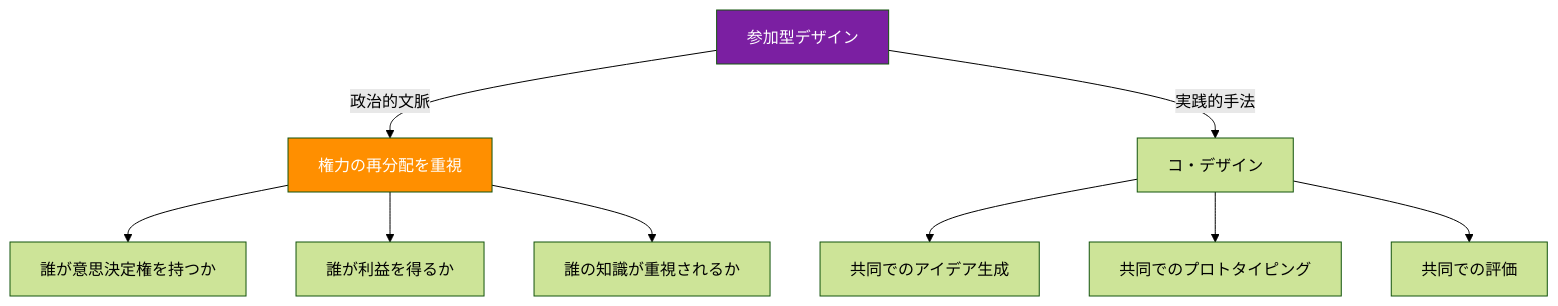
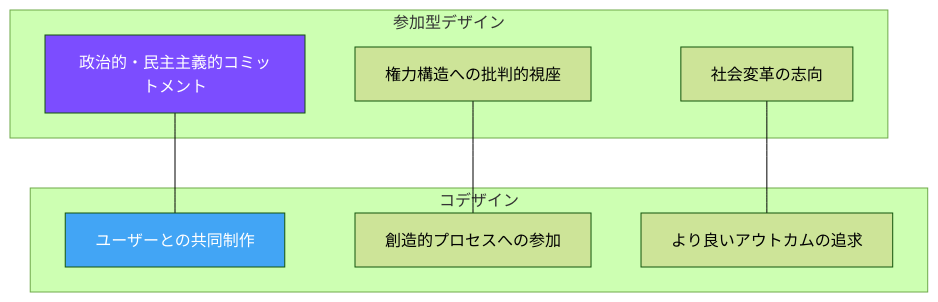
Before and after one commit to Hide-nu/Designer-curriculum: the first of 4 diagrams in docs/books/03-social-transformation/ch03-participatory-design.md, drawn with Mermaid (forest theme). The commit also changed other lines of this file and 13 other files, not shown here.

````diff
--- a/docs/books/03-social-transformation/ch03-participatory-design.md
+++ b/docs/books/03-social-transformation/ch03-participatory-design.md
@@ -45,15 +22,18 @@
 ```mermaid
-graph TD
-    A[参加型デザイン] -->|政治的文脈| B[権力の再分配を重視]
-    A -->|実践的手法| C[コ・デザイン]
-    C --> D[共同でのアイデア生成]
-    C --> E[共同でのプロトタイピング]
-    C --> F[共同での評価]
-
-    B --> G[誰が意思決定権を持つか]
-    B --> H[誰が利益を得るか]
-    B --> I[誰の知識が重視されるか]
-
-    style A fill:#7b1fa2,color:#fff
-    style B fill:#ff8f00,color:#fff
+graph TB
+    subgraph 参加型デザイン
+        A[政治的・民主主義的コミットメント]
+        B[権力構造への批判的視座]
+        C[社会変革の志向]
+    end
+    subgraph コデザイン
+        D[ユーザーとの共同制作]
+        E[創造的プロセスへの参加]
+        F[より良いアウトカムの追求]
+    end
+    A --- D
+    B --- E
+    C --- F
+    style A fill:#7c4dff,color:#fff
+    style D fill:#42a5f5,color:#fff
 ```
````
